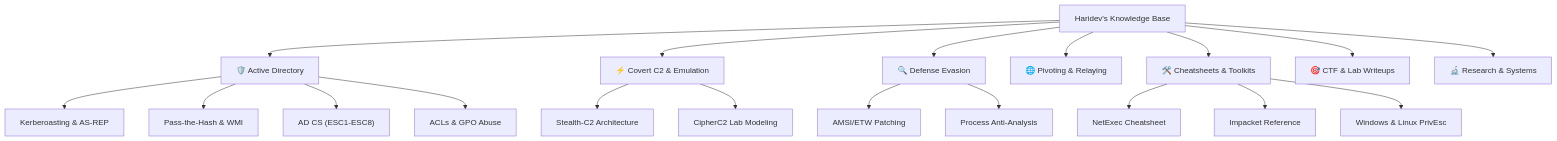
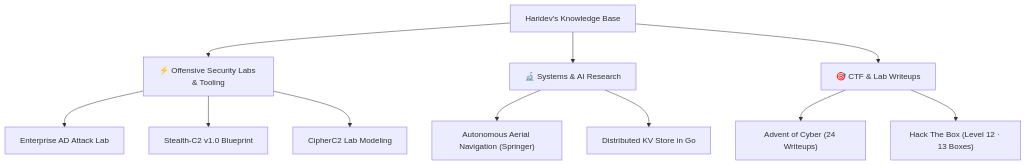
Before and after one commit to haridevp/haridevp.github.io: the diagram in src/gitbook/README.md, drawn with Mermaid. The commit also changed other lines of this file and 22 other files, not shown here.

````diff
--- a/src/gitbook/README.md
+++ b/src/gitbook/README.md
@@ -30,25 +30,16 @@
 ```mermaid
 graph TD
-    Root["Haridev's Knowledge Base"] --> AD["🛡️ Active Directory"]
-    Root --> C2["⚡ Covert C2 & Emulation"]
-    Root --> Evasion["🔍 Defense Evasion"]
-    Root --> Pivoting["🌐 Pivoting & Relaying"]
-    Root --> Toolkits["🛠️ Cheatsheets & Toolkits"]
+    Root["Haridev's Knowledge Base"] --> Labs["⚡ Offensive Security Labs & Tooling"]
+    Root --> Systems["🔬 Systems & AI Research"]
     Root --> Writeups["🎯 CTF & Lab Writeups"]
-    Root --> Systems["🔬 Research & Systems"]
 
-    AD --> AD_K["Kerberoasting & AS-REP"]
-    AD --> AD_L["Pass-the-Hash & WMI"]
-    AD --> AD_CS["AD CS (ESC1-ESC8)"]
-    AD --> AD_GPO["ACLs & GPO Abuse"]
+    Labs --> AD["Enterprise AD Attack Lab"]
+    Labs --> C2_S["Stealth-C2 v1.0 Blueprint"]
+    Labs --> C2_C["CipherC2 Lab Modeling"]
 
-    C2 --> C2_S["Stealth-C2 Architecture"]
-    C2 --> C2_C["CipherC2 Lab Modeling"]
+    Systems --> RES_AERO["Autonomous Aerial Navigation (Springer)"]
+    Systems --> RES_KV["Distributed KV Store in Go"]
 
-    Evasion --> EV_AMSI["AMSI/ETW Patching"]
-    Evasion --> EV_KILL["Process Anti-Analysis"]
-
-    Toolkits --> TK_NXC["NetExec Cheatsheet"]
-    Toolkits --> TK_IMP["Impacket Reference"]
-    Toolkits --> TK_PRIV["Windows & Linux PrivEsc"]
+    Writeups --> AOC["Advent of Cyber (24 Writeups)"]
+    Writeups --> HTB["Hack The Box (Level 12 · 13 Boxes)"]
 ```
````
